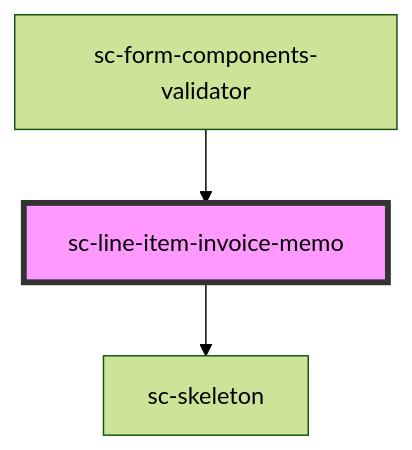
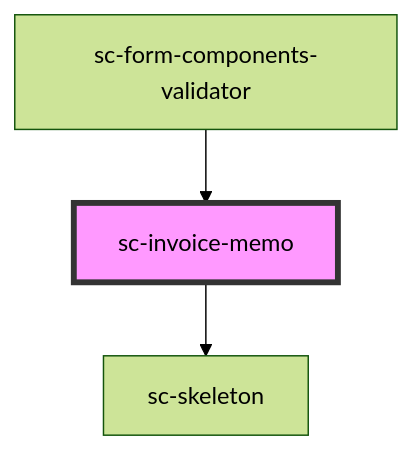
One commit to surecart/surecart-wp-plugin changed the diagram in packages/components/src/components/controllers/checkout-form/invoice-memo/readme.md. Above: the diagram before and after it, drawn with Mermaid (forest theme). The commit also changed 11 other files, not shown here.

Commit message:
Rename invoice memo.

````diff
--- a/packages/components/src/components/controllers/checkout-form/invoice-memo/readme.md
+++ b/packages/components/src/components/controllers/checkout-form/invoice-memo/readme.md
@@ -26,6 +26,6 @@
 ```mermaid
 graph TD;
-  sc-line-item-invoice-memo --> sc-skeleton
-  sc-form-components-validator --> sc-line-item-invoice-memo
-  style sc-line-item-invoice-memo fill:#f9f,stroke:#333,stroke-width:4px
+  sc-invoice-memo --> sc-skeleton
+  sc-form-components-validator --> sc-invoice-memo
+  style sc-invoice-memo fill:#f9f,stroke:#333,stroke-width:4px
 ```
````
